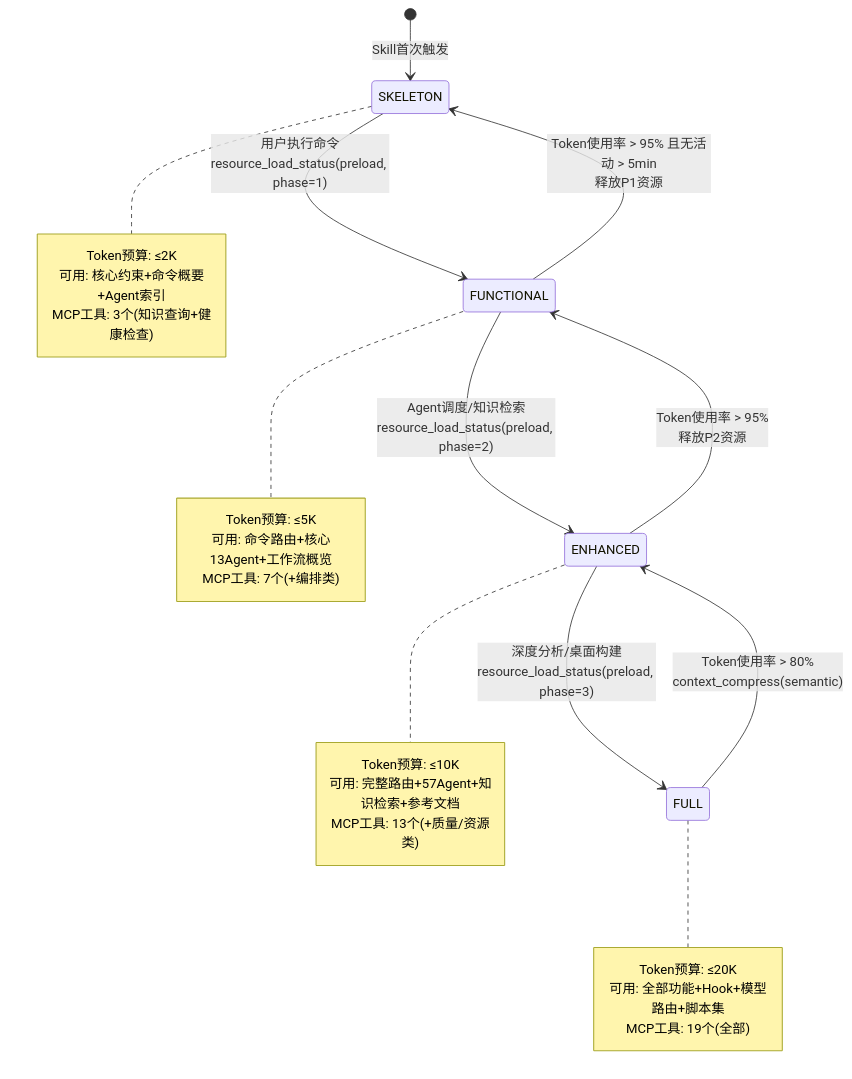
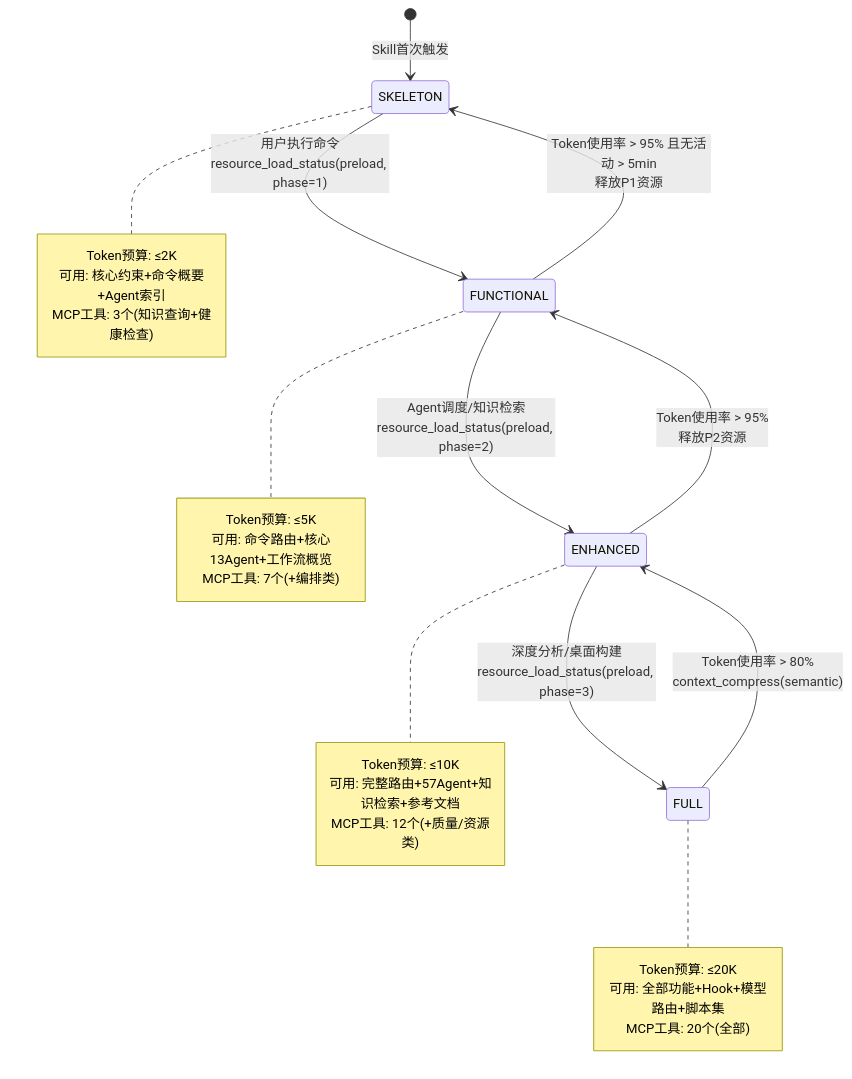
One commit to xuanyuanchumo/xuansto changed the seventh of 10 diagrams in docs/plan/REFACTOR_PLAN.md. Above: the diagram before and after it, drawn with Mermaid. The commit also changed other lines of this file and 8 other files, not shown here.

````diff
--- a/docs/plan/REFACTOR_PLAN.md
+++ b/docs/plan/REFACTOR_PLAN.md
@@ -706,36 +712,36 @@
 ```mermaid
 stateDiagram-v2
     [*] --> SKELETON : Skill首次触发
 
     SKELETON --> FUNCTIONAL : 用户执行命令<br/>resource_load_status(preload, phase=1)
     FUNCTIONAL --> ENHANCED : Agent调度/知识检索<br/>resource_load_status(preload, phase=2)
     ENHANCED --> FULL : 深度分析/桌面构建<br/>resource_load_status(preload, phase=3)
 
     FULL --> ENHANCED : Token使用率 > 80%<br/>context_compress(semantic)
     ENHANCED --> FUNCTIONAL : Token使用率 > 95%<br/>释放P2资源
     FUNCTIONAL --> SKELETON : Token使用率 > 95% 且无活动 > 5min<br/>释放P1资源
 
     note right of SKELETON
         Token预算: ≤2K
         可用: 核心约束+命令概要+Agent索引
         MCP工具: 3个(知识查询+健康检查)
     end note
 
     note right of FUNCTIONAL
         Token预算: ≤5K
         可用: 命令路由+核心13Agent+工作流概览
         MCP工具: 7个(+编排类)
     end note
 
     note right of ENHANCED
         Token预算: ≤10K
         可用: 完整路由+57Agent+知识检索+参考文档
-        MCP工具: 13个(+质量/资源类)
+        MCP工具: 12个(+质量/资源类)
     end note
 
     note right of FULL
         Token预算: ≤20K
         可用: 全部功能+Hook+模型路由+脚本集
-        MCP工具: 19个(全部)
+        MCP工具: 20个(全部)
     end note
 ```
````
